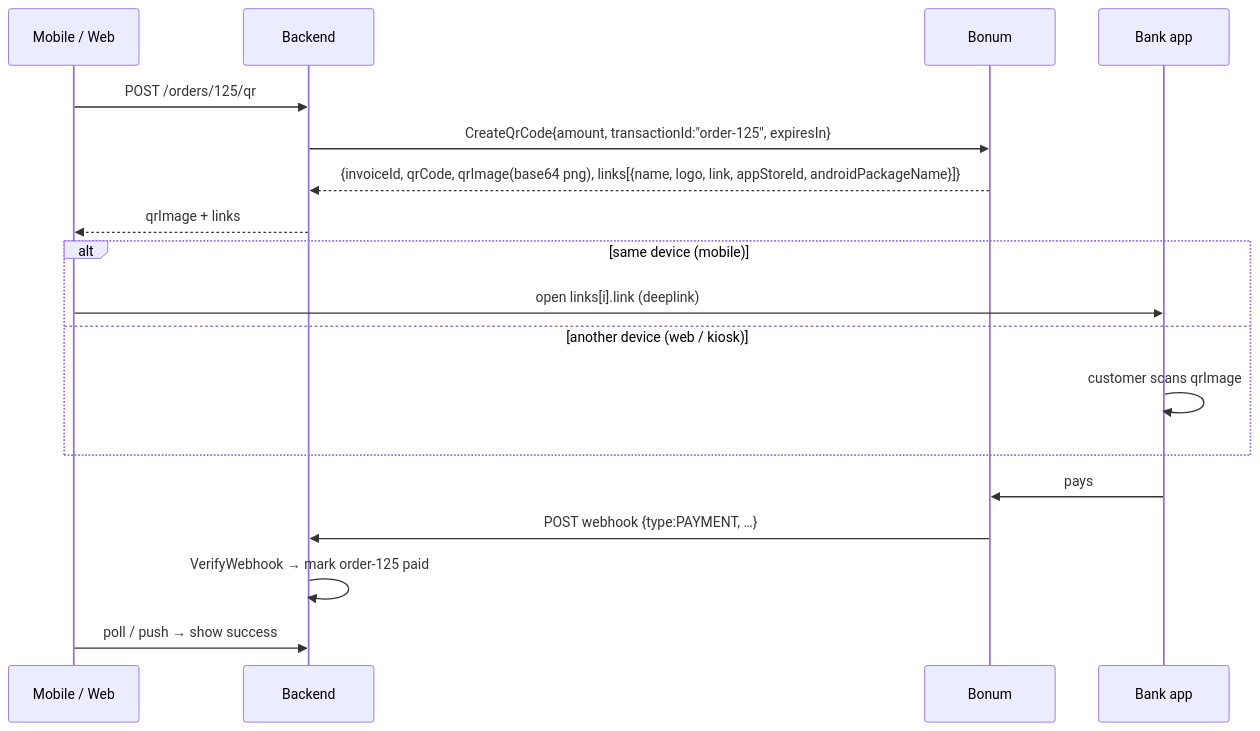
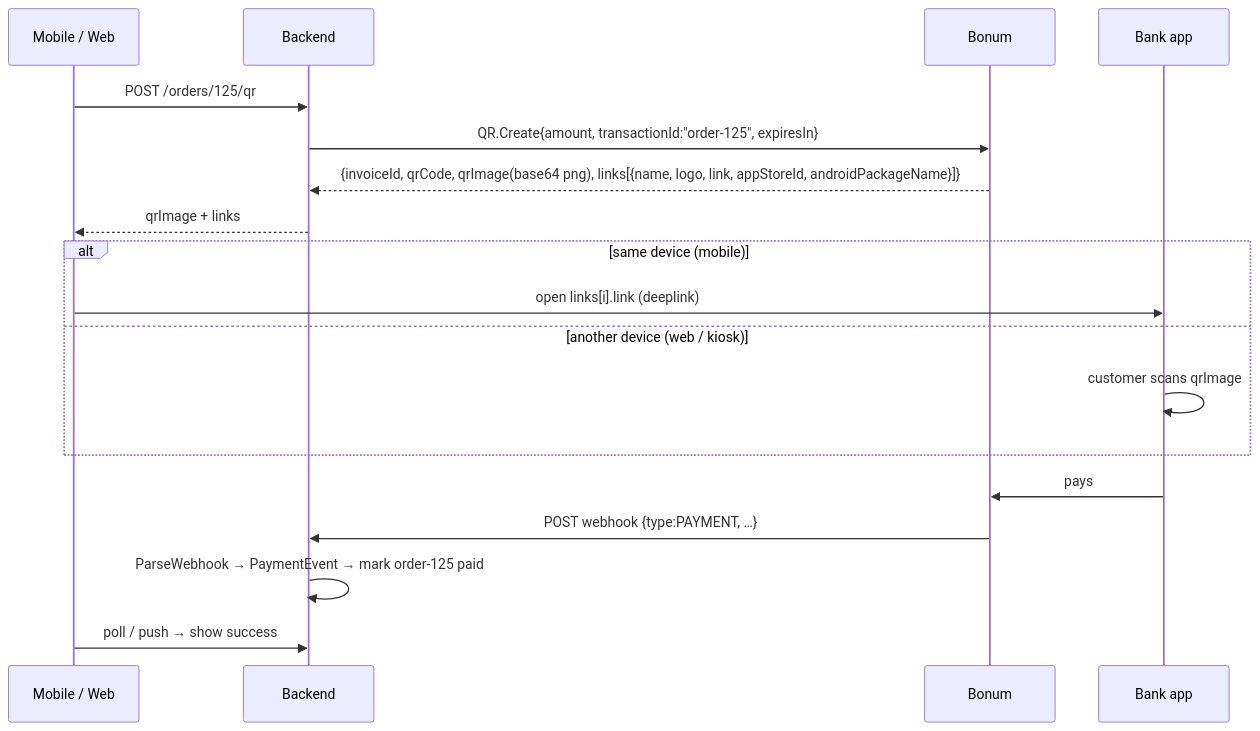
One commit to techpartners-asia/bonum-go changed the sixth of 7 diagrams in FLOW.md. Above: the diagram before and after it, drawn with Mermaid. The commit also changed other lines of this file and 47 other files, not shown here.

````diff
--- a/FLOW.md
+++ b/FLOW.md
@@ -167,20 +169,20 @@
 ```mermaid
 sequenceDiagram
     participant C as Mobile / Web
     participant B as Backend
     participant G as Bonum
     participant A as Bank app
     C->>B: POST /orders/125/qr
-    B->>G: CreateQrCode{amount, transactionId:"order-125", expiresIn}
+    B->>G: QR.Create{amount, transactionId:"order-125", expiresIn}
     G-->>B: {invoiceId, qrCode, qrImage(base64 png), links[{name, logo, link, appStoreId, androidPackageName}]}
     B-->>C: qrImage + links
     alt same device (mobile)
         C->>A: open links[i].link (deeplink)
     else another device (web / kiosk)
         A->>A: customer scans qrImage
     end
     A->>G: pays
     G->>B: POST webhook {type:PAYMENT, …}
-    B->>B: VerifyWebhook → mark order-125 paid
+    B->>B: ParseWebhook → PaymentEvent → mark order-125 paid
     C->>B: poll / push → show success
 ```
````
